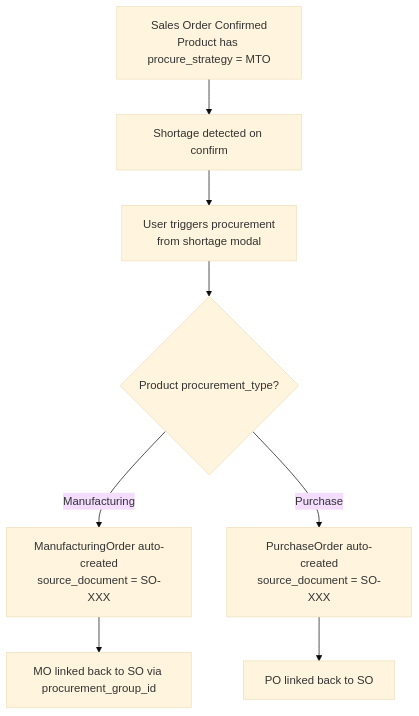
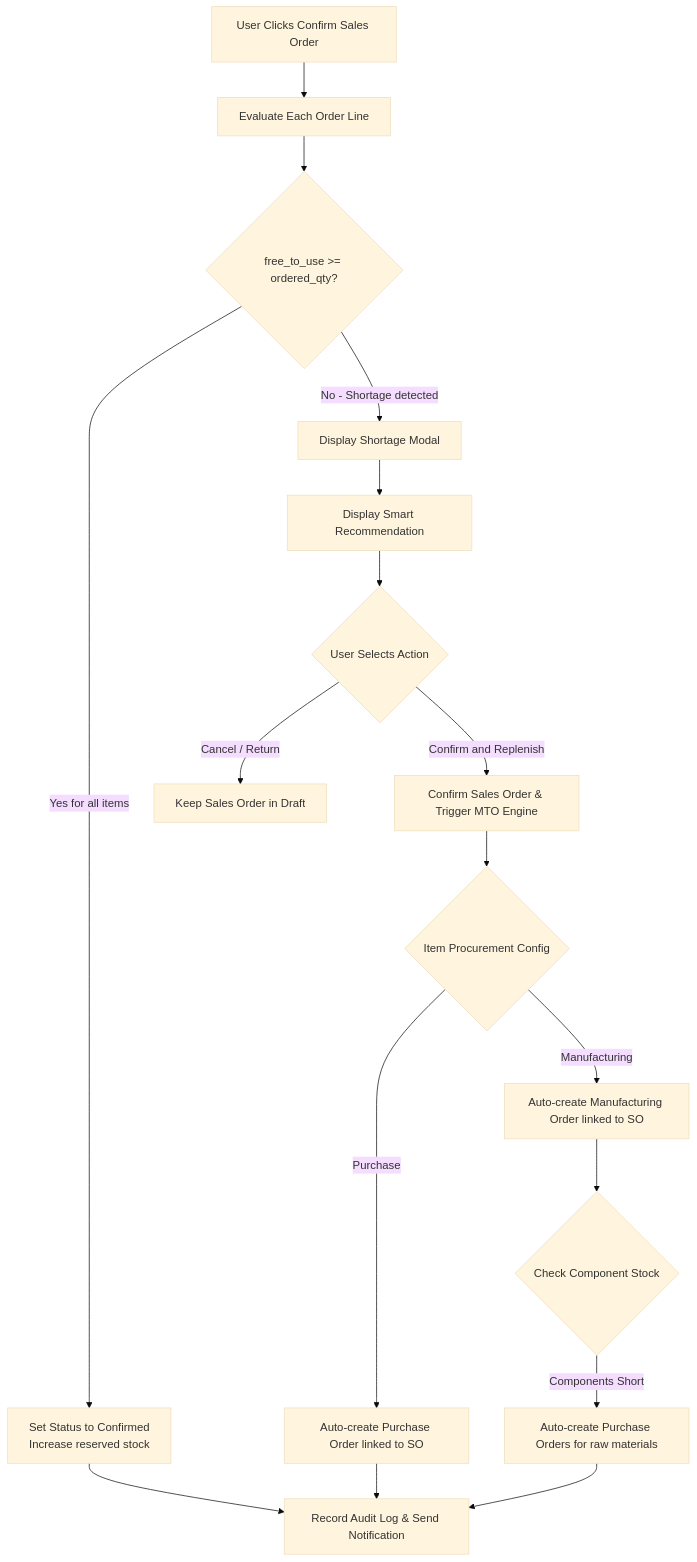
Before and after one commit to Adgu0205/miniERP-: the fourth of 6 diagrams in README.md, drawn with Mermaid (base theme). The commit also changed other lines of this file and 22 other files, not shown here.

````diff
--- a/README.md
+++ b/README.md
@@ -368,10 +307,22 @@
 ```mermaid
 flowchart TD
-    A[Sales Order Confirmed\nProduct has procure_strategy = MTO] --> B[Shortage detected on confirm]
-    B --> C[User triggers procurement\nfrom shortage modal]
-    C --> D{Product procurement_type?}
-    D -->|Manufacturing| E[ManufacturingOrder auto-created\nsource_document = SO-XXX]
-    D -->|Purchase| F[PurchaseOrder auto-created\nsource_document = SO-XXX]
-    E --> G[MO linked back to SO via procurement_group_id]
-    F --> H[PO linked back to SO]
+    A[User Clicks Confirm Sales Order] --> B[Evaluate Each Order Line]
+    B --> C{free_to_use >= ordered_qty?}
+    C -->|Yes for all items| D[Set Status to Confirmed\nIncrease reserved stock]
+    C -->|No - Shortage detected| E[Display Shortage Modal]
+    
+    E --> F[Display Smart Recommendation]
+    F --> G{User Selects Action}
+    G -->|Confirm and Replenish| H[Confirm Sales Order & Trigger MTO Engine]
+    G -->|Cancel / Return| I[Keep Sales Order in Draft]
+    
+    H --> J{Item Procurement Config}
+    J -->|Purchase| K[Auto-create Purchase Order linked to SO]
+    J -->|Manufacturing| L[Auto-create Manufacturing Order linked to SO]
+    L --> M{Check Component Stock}
+    M -->|Components Short| N[Auto-create Purchase Orders for raw materials]
+    
+    D --> O[Record Audit Log & Send Notification]
+    K --> O
+    N --> O
 ```
````
